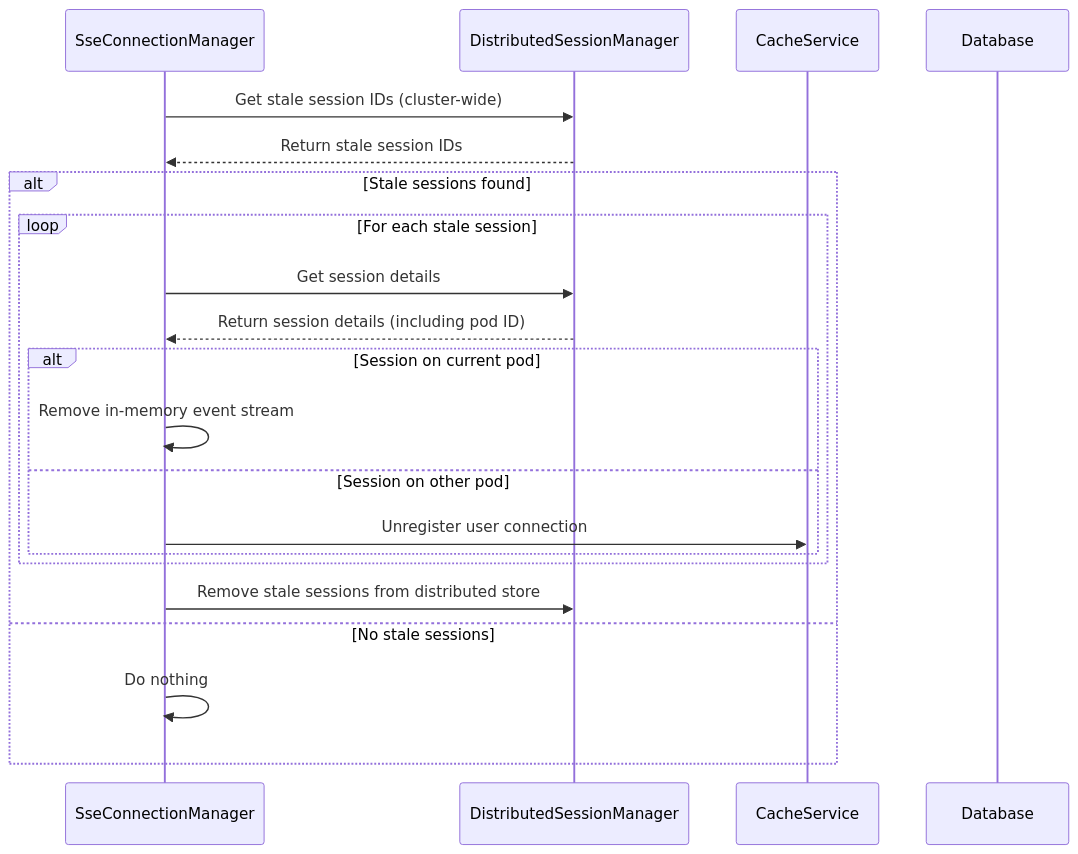
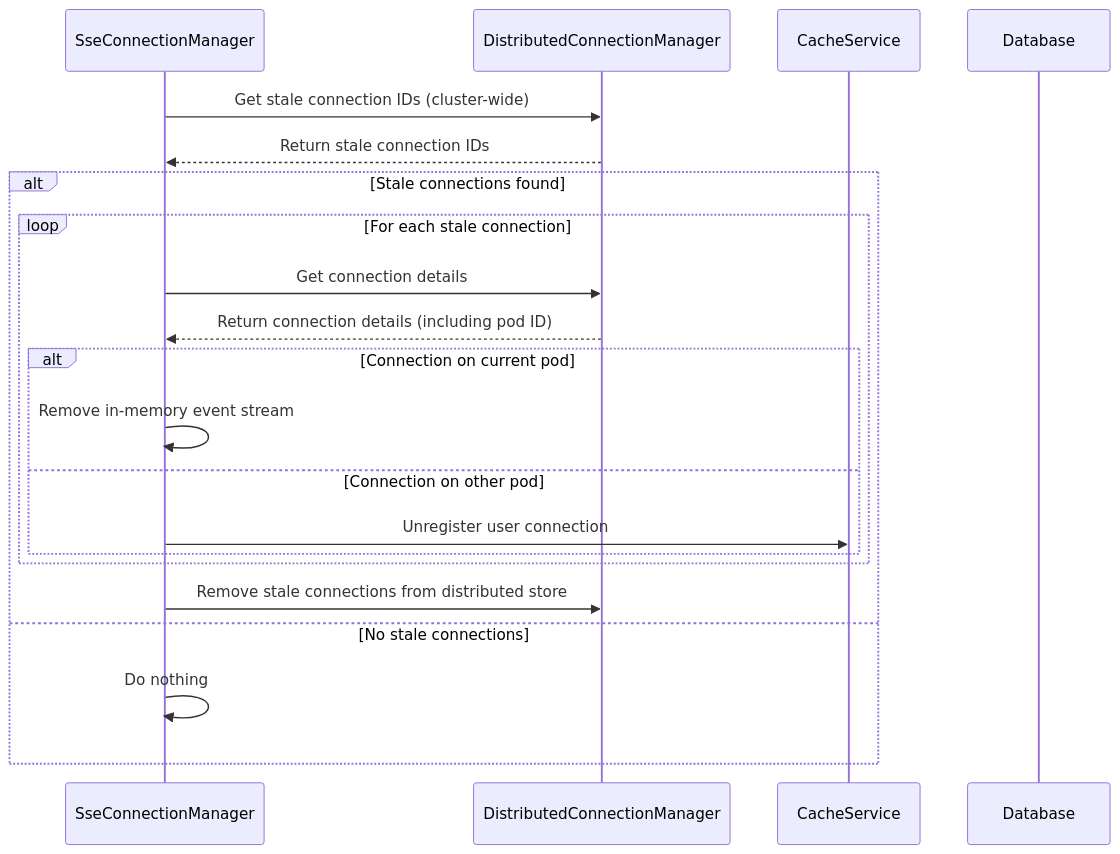
Before and after one commit to rsrini7/Notification-SSE-GLM-Flux: the second of 5 diagrams in broadcast-microservice/docs/07_scheduler_flow2.md, drawn with Mermaid. The commit also changed other lines of this file and 41 other files, not shown here.

First line of the commit message:
refactor(connection): rename session to connection across the codebase

````diff
--- a/broadcast-microservice/docs/07_scheduler_flow2.md
+++ b/broadcast-microservice/docs/07_scheduler_flow2.md
@@ -45,24 +45,24 @@
 ```mermaid
 sequenceDiagram
     participant SCM as SseConnectionManager
-    participant DSM as DistributedSessionManager
+    participant DSM as DistributedConnectionManager
     participant CS as CacheService
     participant DB as Database
 
-    SCM->>DSM: Get stale session IDs (cluster-wide)
-    DSM-->>SCM: Return stale session IDs
-    alt Stale sessions found
-        loop For each stale session
-            SCM->>DSM: Get session details
-            DSM-->>SCM: Return session details (including pod ID)
-            alt Session on current pod
+    SCM->>DSM: Get stale connection IDs (cluster-wide)
+    DSM-->>SCM: Return stale connection IDs
+    alt Stale connections found
+        loop For each stale connection
+            SCM->>DSM: Get connection details
+            DSM-->>SCM: Return connection details (including pod ID)
+            alt Connection on current pod
                 SCM->>SCM: Remove in-memory event stream
-            else Session on other pod
+            else Connection on other pod
                 SCM->>CS: Unregister user connection
             end
         end
-        SCM->>DSM: Remove stale sessions from distributed store
-    else No stale sessions
+        SCM->>DSM: Remove stale connections from distributed store
+    else No stale connections
         SCM->>SCM: Do nothing
     end
 ```
````
